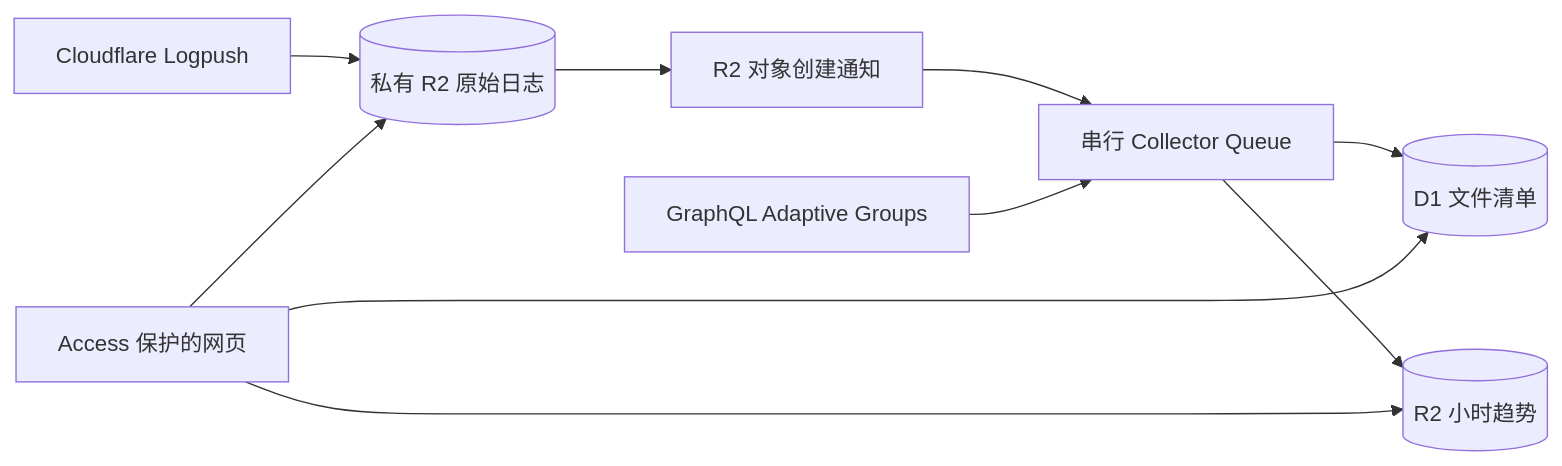
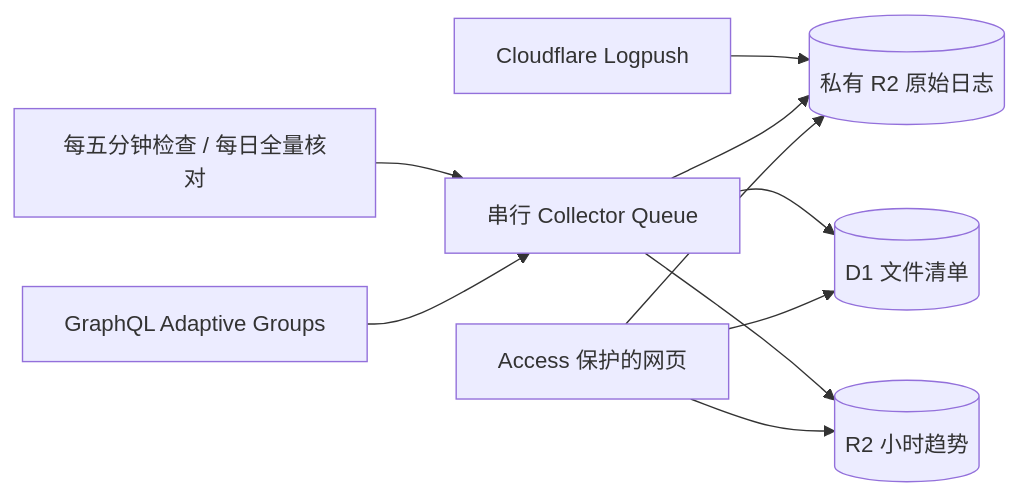
The diagram in docs/LOGPUSH.md (Eric-Terminal/cf-activity-observatory), drawn with Mermaid before and after one commit. The commit also changed other lines of this file and 10 other files, not shown here.

````diff
--- a/docs/LOGPUSH.md
+++ b/docs/LOGPUSH.md
@@ -7,12 +7,12 @@
 ```mermaid
 flowchart LR
   CF[Cloudflare Logpush] --> R2[(私有 R2 原始日志)]
-  R2 --> Notify[R2 对象创建通知]
-  Notify --> Queue[串行 Collector Queue]
+  Cron[每五分钟检查 / 每日全量核对] --> Queue[串行 Collector Queue]
+  Queue --> R2
   Queue --> Index[(D1 文件清单)]
   GQL[GraphQL Adaptive Groups] --> Queue
   Queue --> Metrics[(R2 小时趋势)]
   Web[Access 保护的网页] --> Index
   Web --> R2
   Web --> Metrics
 ```
````
